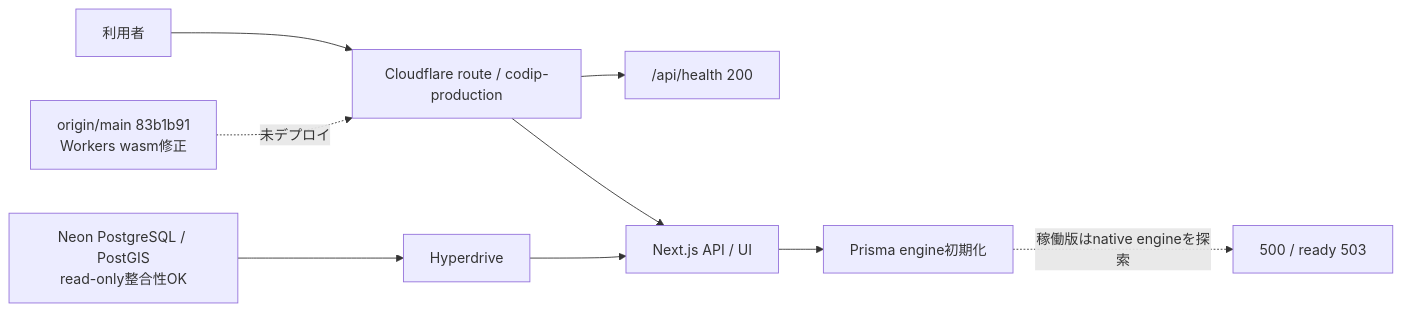
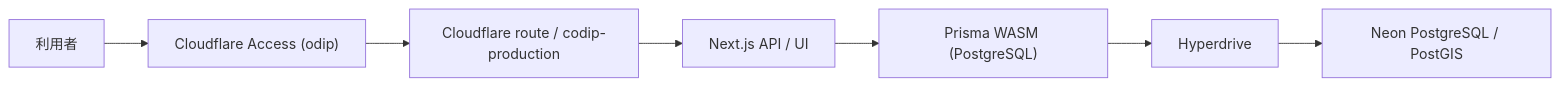
One commit to Kensan196948G/Civil-Open-Data-Intelligence-Platform changed the fourth of 4 diagrams in README.md. Above: the diagram before and after it, drawn with Mermaid. The commit also changed other lines of this file and 5 other files, not shown here.

Commit message:
docs: update production status, Access monitoring, and DNS deletion evidence

````diff
--- a/README.md
+++ b/README.md
@@ -124,11 +124,9 @@
 ```mermaid
 flowchart LR
-    U["利用者"] --> CF["Cloudflare route / codip-production"]
-    CF --> H["/api/health 200"]
+    U["利用者"] --> A1["Cloudflare Access (odip)"]
+    A1 --> CF["Cloudflare route / codip-production"]
     CF --> A["Next.js API / UI"]
-    A --> P["Prisma engine初期化"]
-    P -. "稼働版はnative engineを探索" .-> X["500 / ready 503"]
-    M["origin/main 83b1b91<br/>Workers wasm修正"] -. "未デプロイ" .-> CF
-    N["Neon PostgreSQL / PostGIS<br/>read-only整合性OK"] --> HD["Hyperdrive"]
-    HD --> A
+    A --> P["Prisma WASM (PostgreSQL)"]
+    P --> HD["Hyperdrive"]
+    HD --> N["Neon PostgreSQL / PostGIS"]
 ```
````
